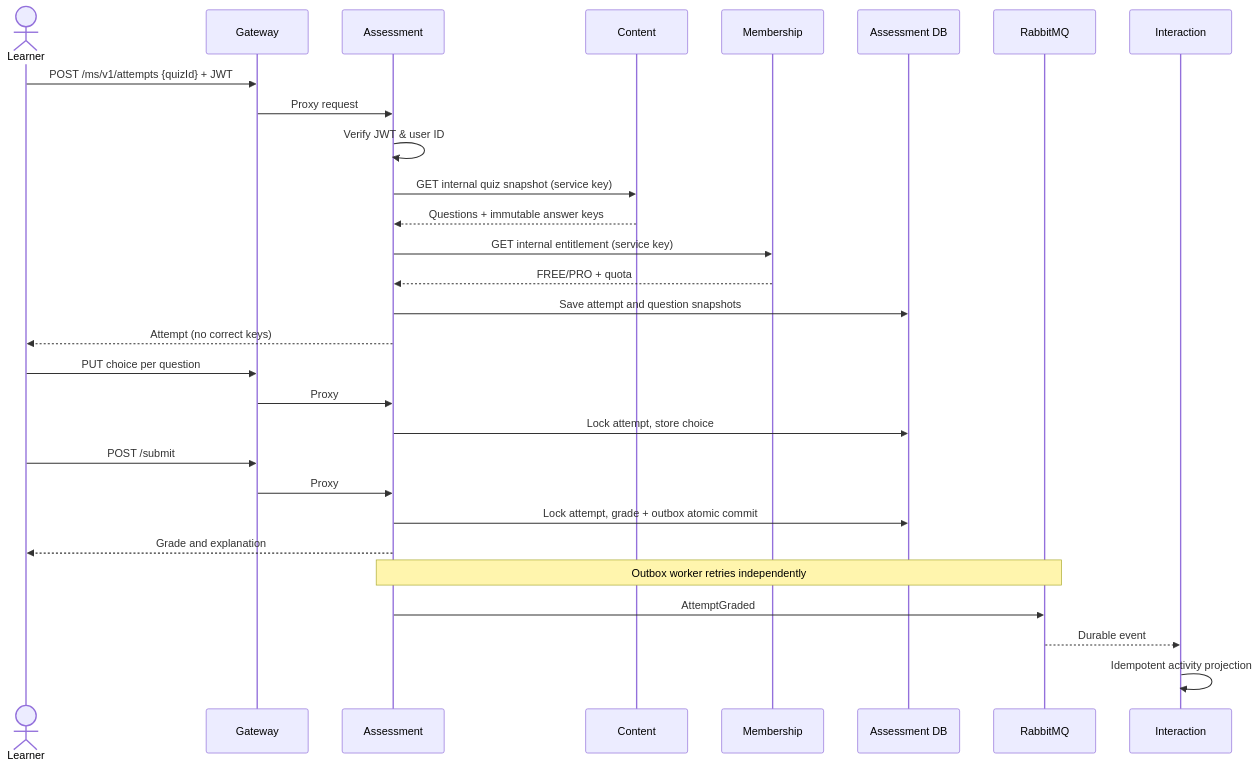
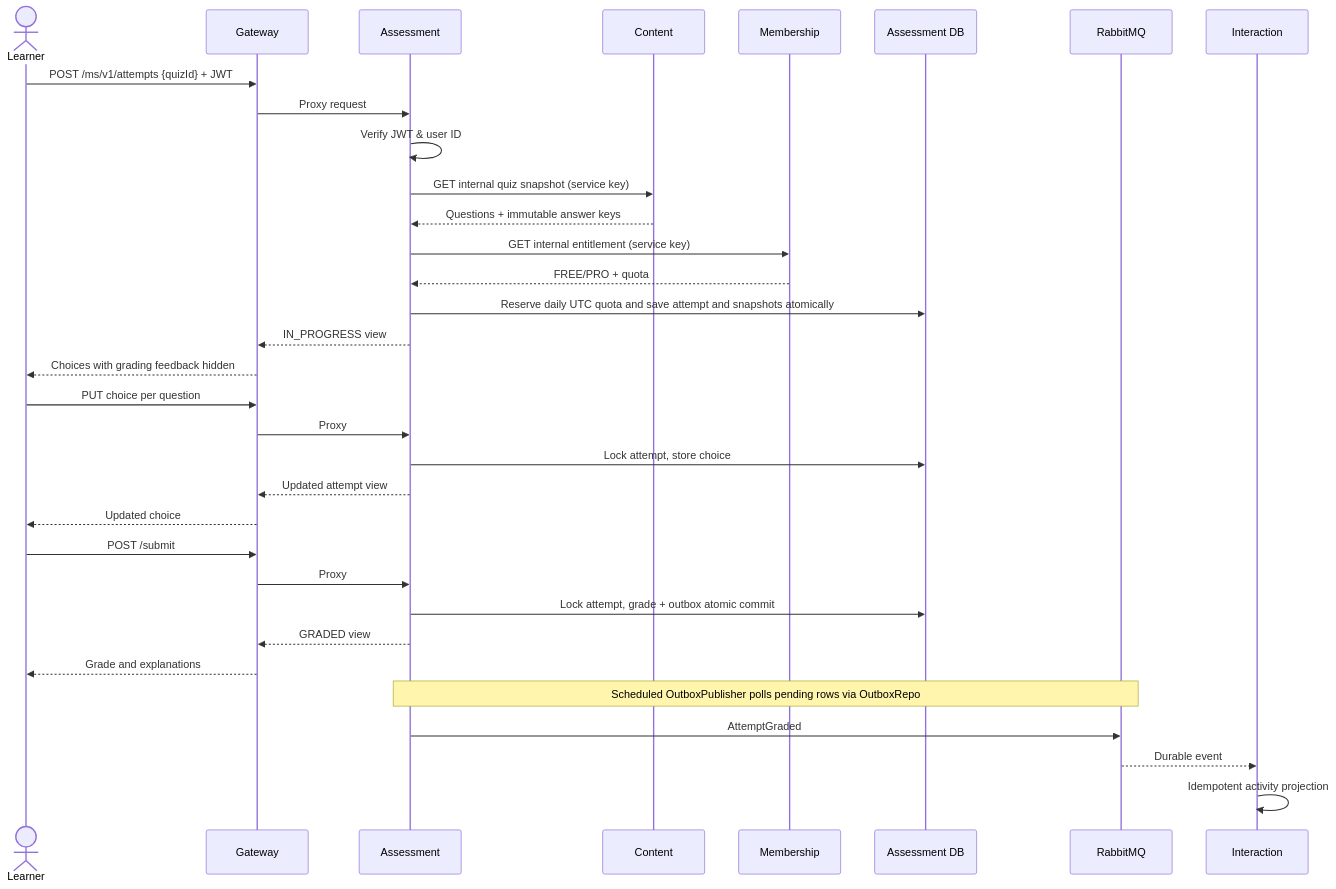
Before and after one commit to chienvoxn/toeic-learning-platform-microservices: the fourth of 5 diagrams in docs/EXAM_ARCHITECTURE.md, drawn with Mermaid. The commit also changed other lines of this file and 4 other files, not shown here.

Commit message:
docs(architecture): document assessment DDD and architecture decisions

````diff
--- a/docs/EXAM_ARCHITECTURE.md
+++ b/docs/EXAM_ARCHITECTURE.md
@@ -101,31 +122,35 @@
 ```mermaid
 sequenceDiagram
  actor L as Learner
  participant G as Gateway
  participant A as Assessment
  participant C as Content
  participant M as Membership
  participant DB as Assessment DB
  participant Q as RabbitMQ
  participant X as Interaction
  L->>G: POST /ms/v1/attempts {quizId} + JWT
  G->>A: Proxy request
  A->>A: Verify JWT & user ID
  A->>C: GET internal quiz snapshot (service key)
  C-->>A: Questions + immutable answer keys
  A->>M: GET internal entitlement (service key)
  M-->>A: FREE/PRO + quota
- A->>DB: Save attempt and question snapshots
- A-->>L: Attempt (no correct keys)
+ A->>DB: Reserve daily UTC quota and save attempt and snapshots atomically
+ A-->>G: IN_PROGRESS view
+ G-->>L: Choices with grading feedback hidden
  L->>G: PUT choice per question
  G->>A: Proxy
  A->>DB: Lock attempt, store choice
+ A-->>G: Updated attempt view
+ G-->>L: Updated choice
  L->>G: POST /submit
  G->>A: Proxy
  A->>DB: Lock attempt, grade + outbox atomic commit
- A-->>L: Grade and explanation
- Note over A,Q: Outbox worker retries independently
+ A-->>G: GRADED view
+ G-->>L: Grade and explanations
+ Note over A,Q: Scheduled OutboxPublisher polls pending rows via OutboxRepo
  A->>Q: AttemptGraded
  Q-->>X: Durable event
  X->>X: Idempotent activity projection
 ```
````
